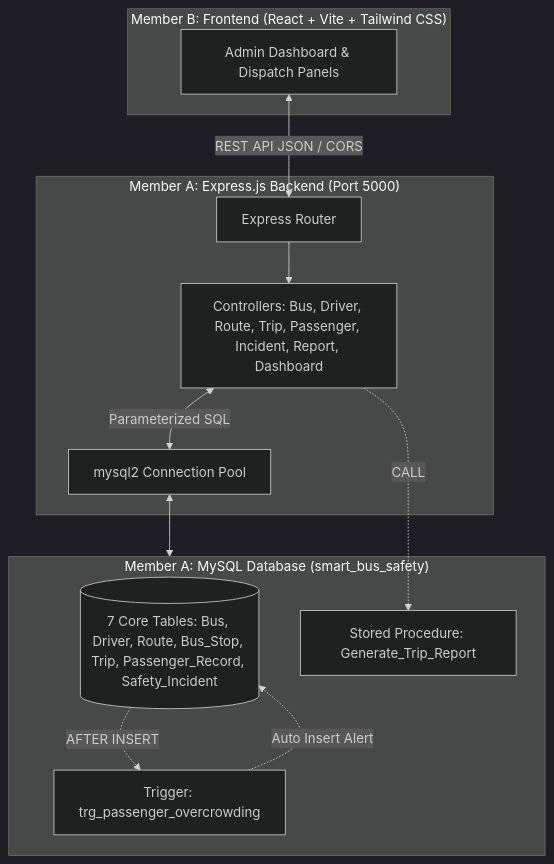
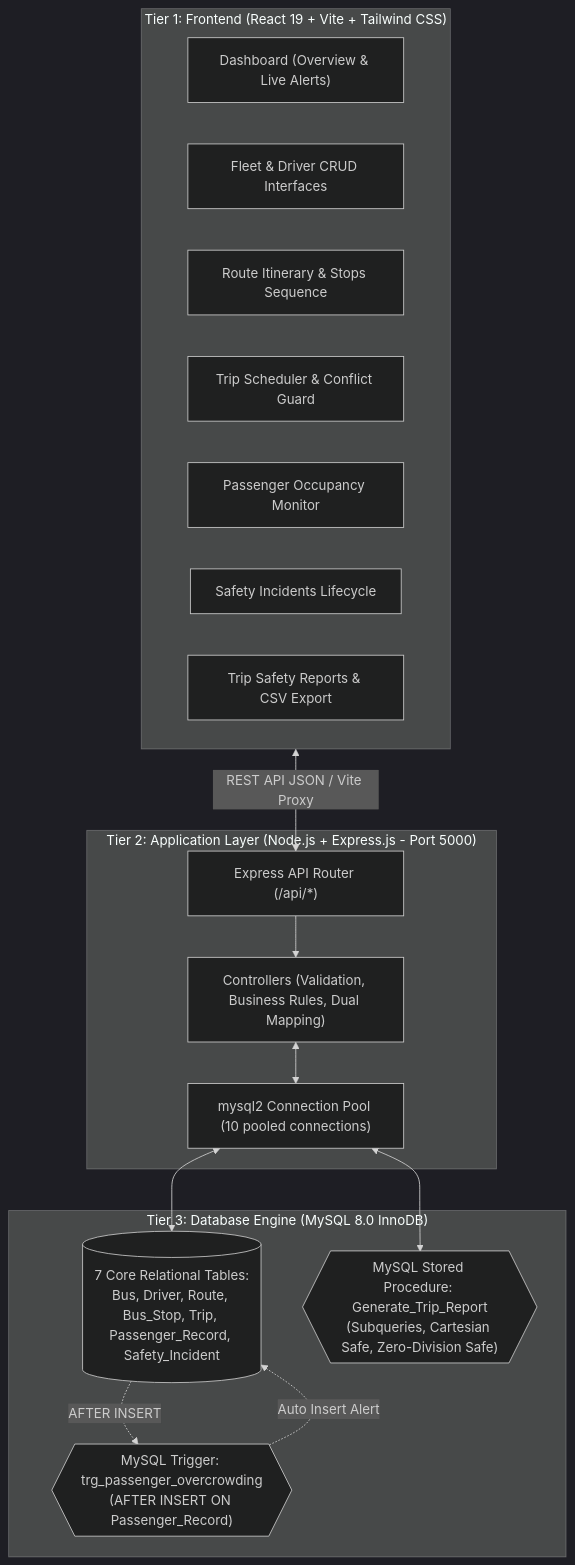
One commit to ThanushreeBhat/Smart-Public-Transport-Bus-Management-System changed the diagram in README.md. Above: the diagram before and after it, drawn with Mermaid (dark theme). The commit also changed other lines of this file and 30 other files, not shown here.

````diff
--- a/README.md
+++ b/README.md
@@ -42,26 +33,32 @@
 ```mermaid
 flowchart TD
-    subgraph Client ["Member B: Frontend (React + Vite + Tailwind CSS)"]
-        UI[Admin Dashboard & Dispatch Panels]
+    subgraph Client ["Tier 1: Frontend (React 19 + Vite + Tailwind CSS)"]
+        UI_Dash["Dashboard (Overview & Live Alerts)"]
+        UI_Fleet["Fleet & Driver CRUD Interfaces"]
+        UI_Route["Route Itinerary & Stops Sequence"]
+        UI_Trip["Trip Scheduler & Conflict Guard"]
+        UI_Mon["Passenger Occupancy Monitor"]
+        UI_Inc["Safety Incidents Lifecycle"]
+        UI_Rep["Trip Safety Reports & CSV Export"]
     end
 
-    subgraph Server ["Member A: Express.js Backend (Port 5000)"]
-        Router[Express Router]
-        Controllers[Controllers: Bus, Driver, Route, Trip, Passenger, Incident, Report, Dashboard]
-        Pool[mysql2 Connection Pool]
+    subgraph Server ["Tier 2: Application Layer (Node.js + Express.js - Port 5000)"]
+        Router["Express API Router (/api/*)"]
+        Controllers["Controllers (Validation, Business Rules, Dual Mapping)"]
+        Pool["mysql2 Connection Pool (10 pooled connections)"]
+        Router --> Controllers
+        Controllers <--> Pool
     end
 
-    subgraph Database ["Member A: MySQL Database (smart_bus_safety)"]
-        Tables[(7 Core Tables: Bus, Driver, Route, Bus_Stop, Trip, Passenger_Record, Safety_Incident)]
-        Trig[Trigger: trg_passenger_overcrowding]
-        Proc[Stored Procedure: Generate_Trip_Report]
+    subgraph Database ["Tier 3: Database Engine (MySQL 8.0 InnoDB)"]
+        Tables[("7 Core Relational Tables:<br>Bus, Driver, Route, Bus_Stop, Trip, Passenger_Record, Safety_Incident")]
+        Trig{{"MySQL Trigger: trg_passenger_overcrowding<br>(AFTER INSERT ON Passenger_Record)"}}
+        Proc{{"MySQL Stored Procedure: Generate_Trip_Report<br>(Subqueries, Cartesian Safe, Zero-Division Safe)"}}
+        Pool <--> Tables
+        Tables -.->|AFTER INSERT| Trig
+        Trig -.->|Auto Insert Alert| Tables
+        Pool <--> Proc
     end
 
-    UI <-->|REST API JSON / CORS| Router
-    Router --> Controllers
-    Controllers <-->|Parameterized SQL| Pool
-    Pool <--> Database
-    Tables -.->|AFTER INSERT| Trig
-    Trig -.->|Auto Insert Alert| Tables
-    Controllers -.->|CALL| Proc
+    Client <-->|REST API JSON / Vite Proxy| Router
 ```
````
